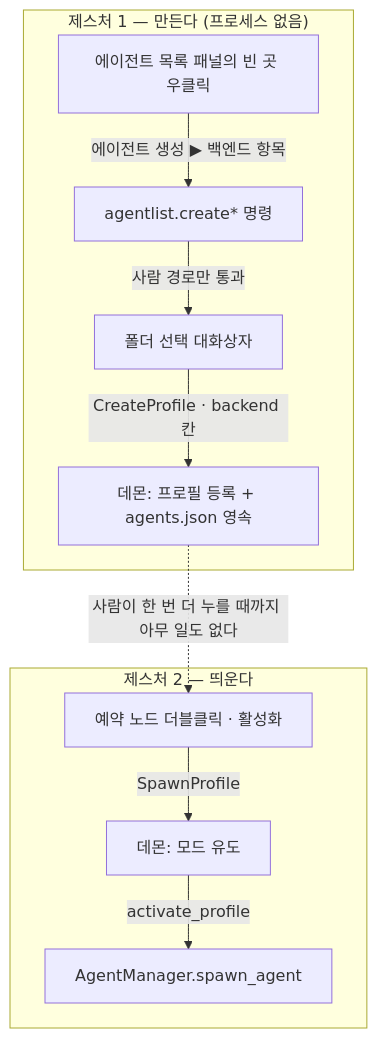
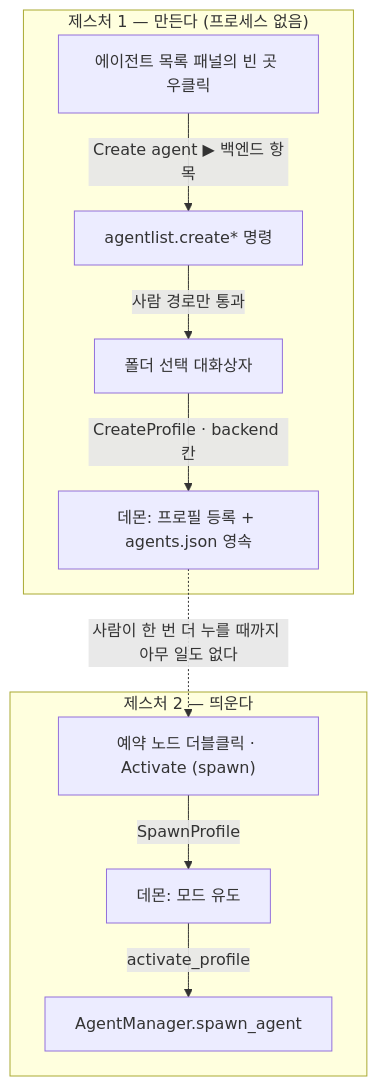
One commit to kimsunzun/engram-dashboard changed the first of 4 diagrams in docs/reference/structure/agent-backend.md. Above: the diagram before and after it, drawn with Mermaid. The commit also changed other lines of this file and 24 other files, not shown here.

````diff
--- a/docs/reference/structure/agent-backend.md
+++ b/docs/reference/structure/agent-backend.md
@@ -27,13 +27,13 @@
 ```mermaid
 flowchart TD
   subgraph G1["제스처 1 — 만든다 (프로세스 없음)"]
-    A["에이전트 목록 패널의 빈 곳 우클릭"] -->|"에이전트 생성 ▶ 백엔드 항목"| B["agentlist.create* 명령"]
+    A["에이전트 목록 패널의 빈 곳 우클릭"] -->|"Create agent ▶ 백엔드 항목"| B["agentlist.create* 명령"]
     B -->|"사람 경로만 통과"| C["폴더 선택 대화상자"]
     C -->|"CreateProfile · backend 칸"| D["데몬: 프로필 등록 + agents.json 영속"]
   end
   subgraph G2["제스처 2 — 띄운다"]
-    E["예약 노드 더블클릭 · 활성화"] -->|"SpawnProfile"| F["데몬: 모드 유도"]
+    E["예약 노드 더블클릭 · Activate (spawn)"] -->|"SpawnProfile"| F["데몬: 모드 유도"]
     F -->|"activate_profile"| G["AgentManager.spawn_agent"]
   end
   D -.->|"사람이 한 번 더 누를 때까지 아무 일도 없다"| E
 ```
````
